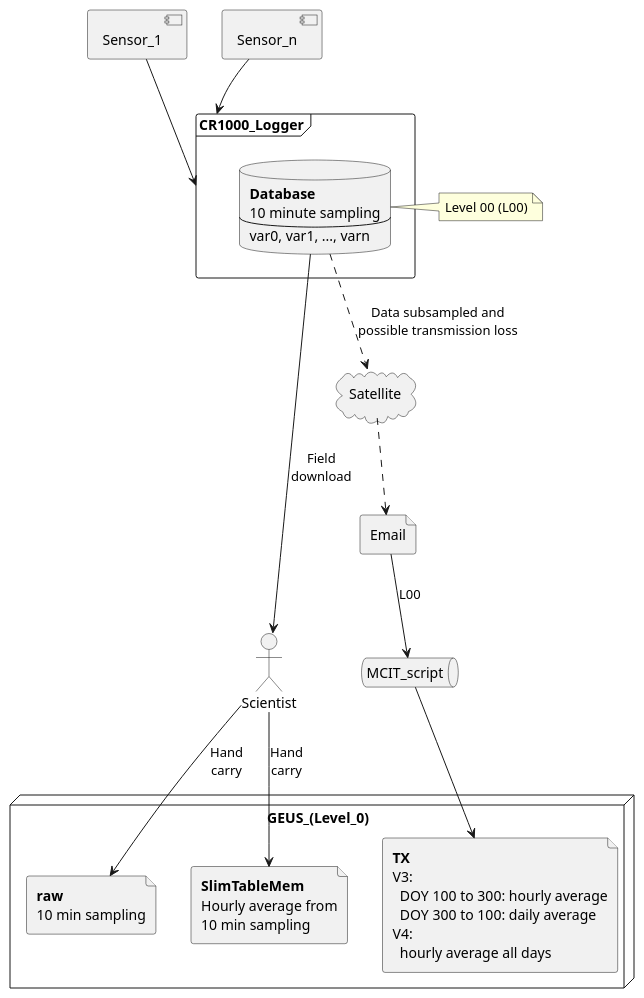
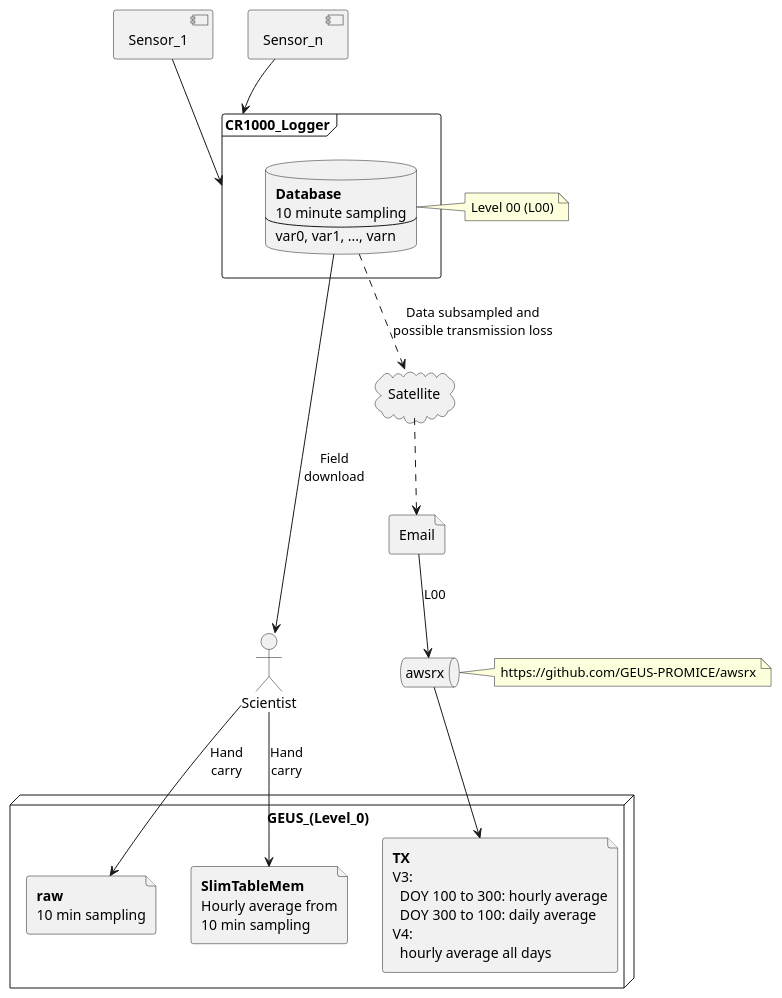
The diagram in README.org (GEUS-Glaciology-and-Climate/pypromice), drawn with PlantUML before and after one commit. The commit also changed other lines of this file and 1 other file, not shown here.

```diff
--- a/README.org
+++ b/README.org
@@ -199,64 +199,67 @@
 #+begin_src plantuml :file ./fig/L00_to_L0.png :exports results
 @startuml
 
 ' plantuml activity diagram (beta)
 
 component Sensor_1
 component Sensor_n
 
 frame CR1000_Logger {
   database DB_logger [
   <b>Database</b>
   10 minute sampling
   ----
   var0, var1, ..., varn
 ] 
 }
 
 note right
   Level 00 (L00)
 end note
 
 Sensor_1 --> CR1000_Logger
 Sensor_n --> CR1000_Logger
 
 node GEUS_(Level_0) {
   file Raw [
   <b>raw</b>
   10 min sampling
   ]
 
   file SlimTableMem [
   <b>SlimTableMem</b>
   Hourly average from
   10 min sampling
   ]
 
   file TX [
   <b>TX</b>
   V3:
     DOY 100 to 300: hourly average
     DOY 300 to 100: daily average
   V4:
     hourly average all days
   ]
 }
 
 ' DB -> hand carry -> raw
 actor Scientist
 DB_logger --> Scientist : Field\ndownload
 Scientist --> Raw : Hand\ncarry
 Scientist --> SlimTableMem : Hand\ncarry
 
 ' DB -> satellite -> Transmitted
 cloud Satellite
 file Email
-queue MCIT_script
+queue awsrx
+note right
+   https://github.com/GEUS-PROMICE/awsrx
+end note
 
 DB_logger -[dashed]-> Satellite : Data subsampled and\npossible transmission loss
 Satellite -[dashed]-> Email
-Email --> MCIT_script : L00
-MCIT_script --> TX
+Email --> awsrx : L00
+awsrx --> TX
 
 @enduml
 #+end_src
```
